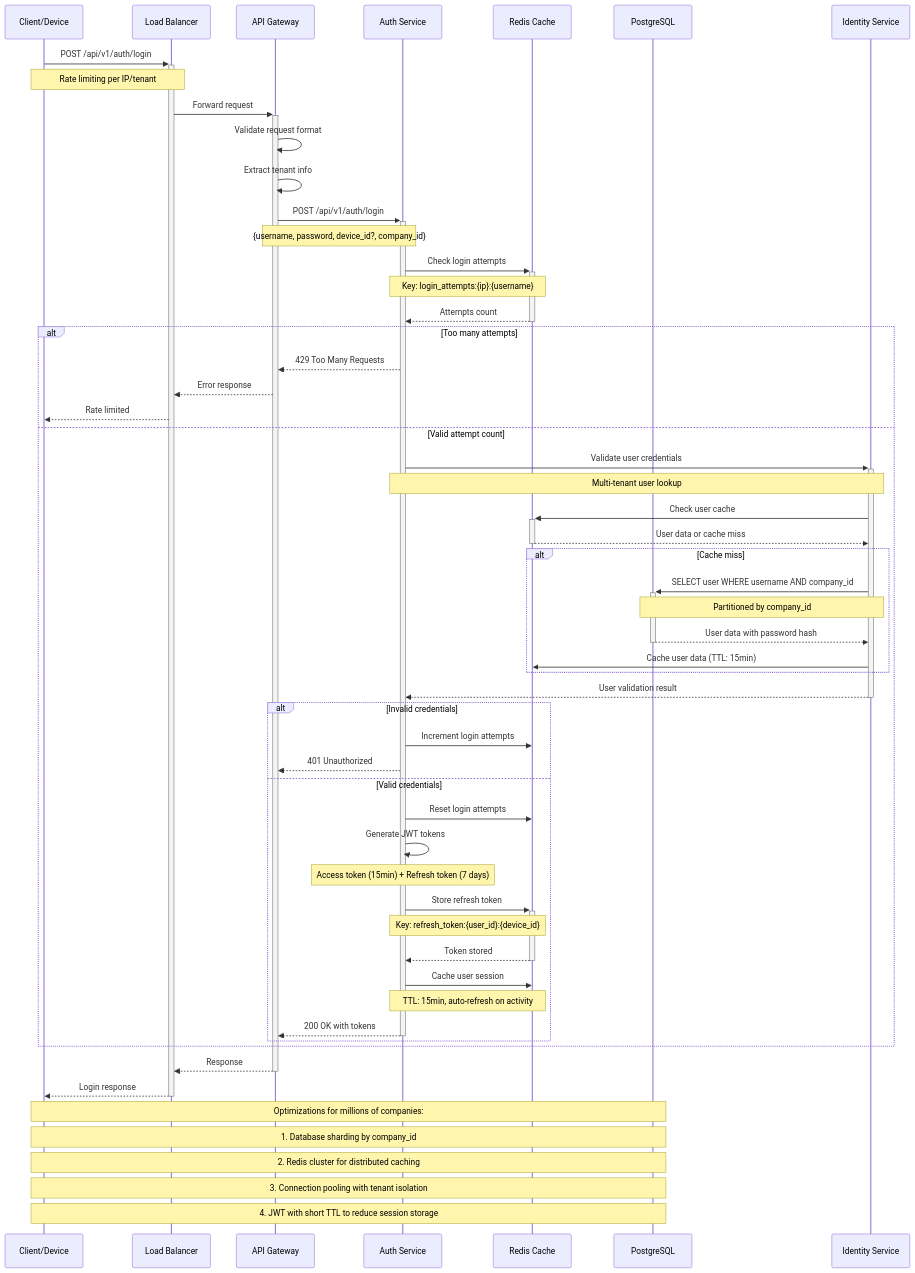
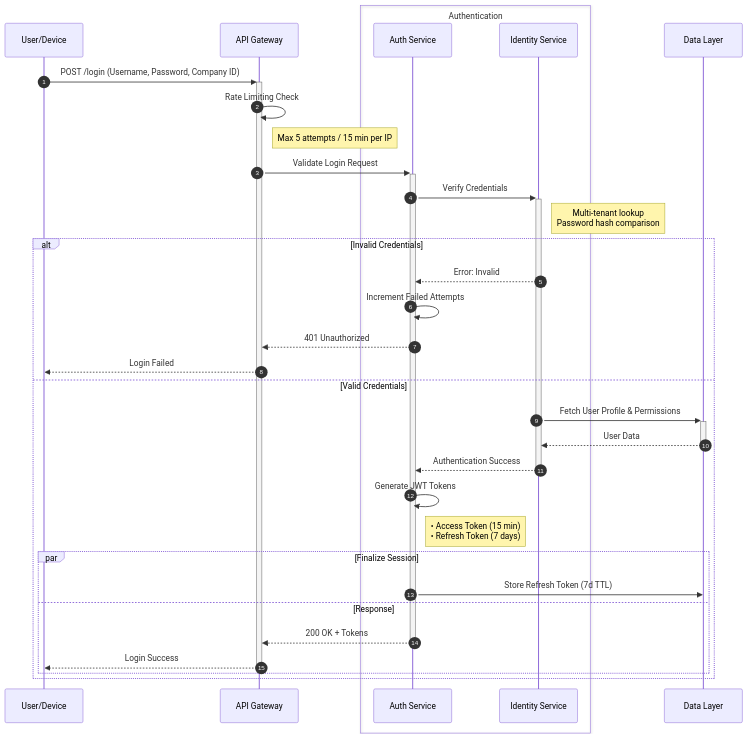
Before and after one commit to Youknow2509/cio_verify_face: the diagram in doc/sequence_diagrams/auth/login.mmd, drawn with Mermaid. The commit also changed 70 other files, not shown here.

Commit message:
feat(client): complete UI implementation for all 4 apps - web-admin, web-staff, device-app, system-admin with full features, themes, and auth

```diff
--- a/doc/sequence_diagrams/auth/login.mmd
+++ b/doc/sequence_diagrams/auth/login.mmd
@@ -1,69 +1,39 @@
 sequenceDiagram
-    participant Client as Client/Device
-    participant LB as Load Balancer
+    autonumber
+    participant User as User/Device
     participant Gateway as API Gateway
-    participant Auth as Auth Service
-    participant Cache as Redis Cache
-    participant DB as PostgreSQL
-    participant Identity as Identity Service
+    box Authentication #fffbf0
+        participant Auth as Auth Service
+        participant Identity as Identity Service
+    end
+    participant Data as Data Layer
 
-    Client->>+LB: POST /api/v1/auth/login
-    Note over Client,LB: Rate limiting per IP/tenant
+    User->>+Gateway: POST /login (Username, Password, Company ID)
+    Gateway->>Gateway: Rate Limiting Check
+    Note right of Gateway: Max 5 attempts / 15 min per IP
     
-    LB->>+Gateway: Forward request
-    Gateway->>Gateway: Validate request format
-    Gateway->>Gateway: Extract tenant info
+    Gateway->>+Auth: Validate Login Request
     
-    Gateway->>+Auth: POST /api/v1/auth/login
-    Note over Gateway,Auth: {username, password, device_id?, company_id}
+    Auth->>+Identity: Verify Credentials
+    Note right of Identity: Multi-tenant lookup<br/>Password hash comparison
     
-    Auth->>+Cache: Check login attempts
-    Note over Auth,Cache: Key: login_attempts:{ip}:{username}
-    Cache-->>-Auth: Attempts count
-    
-    alt Too many attempts
-        Auth-->>Gateway: 429 Too Many Requests
-        Gateway-->>LB: Error response
-        LB-->>Client: Rate limited
-    else Valid attempt count
-        Auth->>+Identity: Validate user credentials
-        Note over Auth,Identity: Multi-tenant user lookup
-        Identity->>+Cache: Check user cache
-        Cache-->>-Identity: User data or cache miss
+    alt Invalid Credentials
+        Identity-->>Auth: Error: Invalid
+        Auth->>Auth: Increment Failed Attempts
+        Auth-->>Gateway: 401 Unauthorized
+        Gateway-->>User: Login Failed
+    else Valid Credentials
+        Identity->>+Data: Fetch User Profile & Permissions
+        Data-->>-Identity: User Data
+        Identity-->>-Auth: Authentication Success
         
-        alt Cache miss
-            Identity->>+DB: SELECT user WHERE username AND company_id
-            Note over Identity,DB: Partitioned by company_id
-            DB-->>-Identity: User data with password hash
-            Identity->>Cache: Cache user data (TTL: 15min)
-        end
+        Auth->>Auth: Generate JWT Tokens
+        Note right of Auth: • Access Token (15 min)<br/>• Refresh Token (7 days)
         
-        Identity-->>-Auth: User validation result
-        
-        alt Invalid credentials
-            Auth->>Cache: Increment login attempts
-            Auth-->>Gateway: 401 Unauthorized
-        else Valid credentials
-            Auth->>Cache: Reset login attempts
-            Auth->>Auth: Generate JWT tokens
-            Note over Auth: Access token (15min) + Refresh token (7 days)
-            
-            Auth->>+Cache: Store refresh token
-            Note over Auth,Cache: Key: refresh_token:{user_id}:{device_id}
-            Cache-->>-Auth: Token stored
-            
-            Auth->>Cache: Cache user session
-            Note over Auth,Cache: TTL: 15min, auto-refresh on activity
-            
-            Auth-->>-Gateway: 200 OK with tokens
+        par Finalize Session
+            Auth->>Data: Store Refresh Token (7d TTL)
+        and Response
+            Auth-->>-Gateway: 200 OK + Tokens
+            Gateway-->>-User: Login Success
         end
     end
-    
-    Gateway-->>-LB: Response
-    LB-->>-Client: Login response
-    
-    Note over Client,DB: Optimizations for millions of companies:
-    Note over Client,DB: 1. Database sharding by company_id
-    Note over Client,DB: 2. Redis cluster for distributed caching
-    Note over Client,DB: 3. Connection pooling with tenant isolation
-    Note over Client,DB: 4. JWT with short TTL to reduce session storage
```
